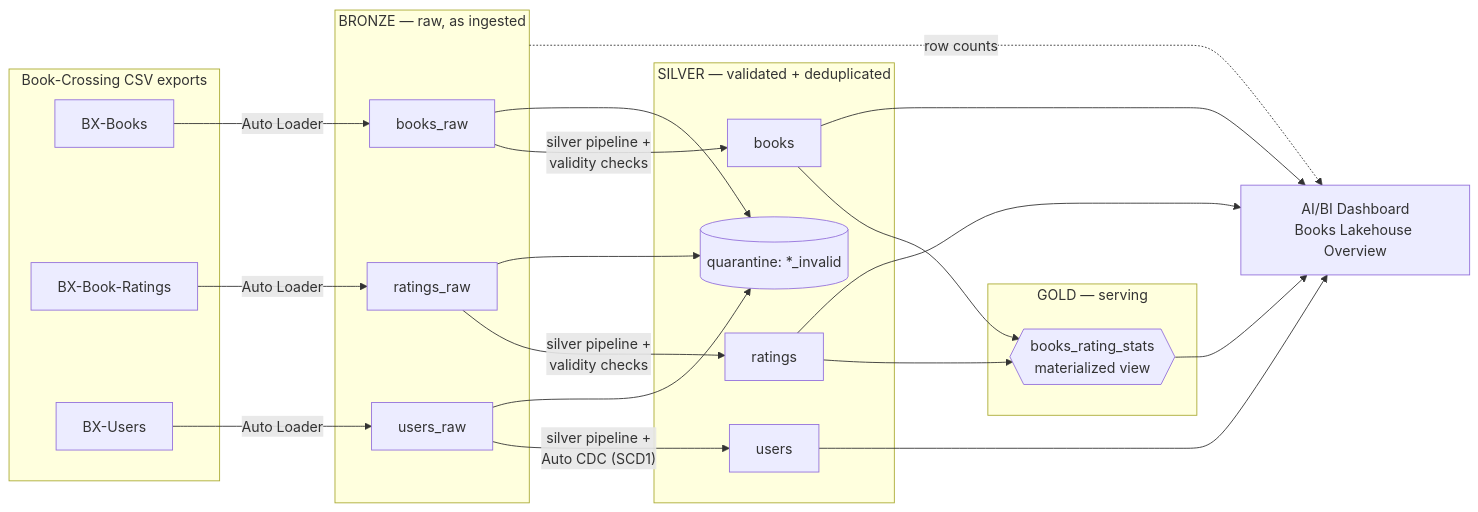
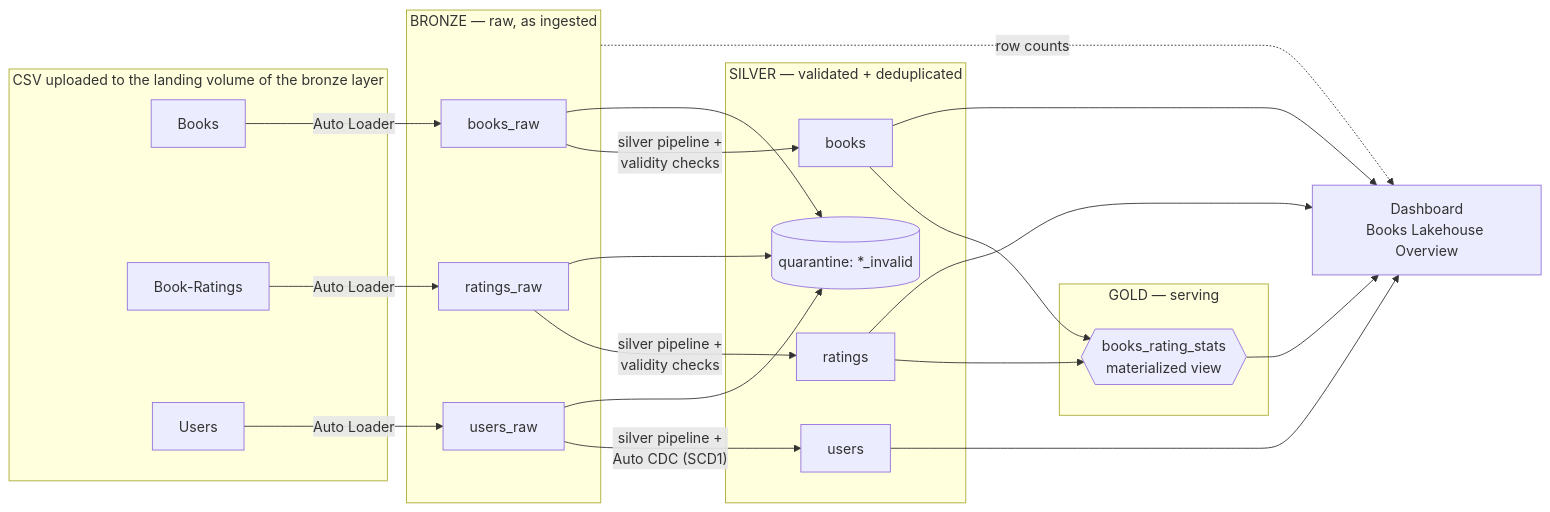
The first of 4 diagrams in README.md (yharidy/books_dataset), drawn with Mermaid before and after one commit. The commit also changed other lines of this file and 8 other files, not shown here.

````diff
--- a/README.md
+++ b/README.md
@@ -9,44 +9,44 @@
 ```mermaid
 flowchart LR
-    subgraph SRC["Book-Crossing CSV exports"]
-        A1["BX-Books"]
-        A2["BX-Book-Ratings"]
-        A3["BX-Users"]
+    subgraph SRC["CSV uploaded to the landing volume of the bronze layer"]
+        A1["Books"]
+        A2["Book-Ratings"]
+        A3["Users"]
     end
 
     subgraph BR["BRONZE — raw, as ingested"]
         B1["books_raw"]
         B2["ratings_raw"]
         B3["users_raw"]
     end
 
     subgraph SI["SILVER — validated + deduplicated"]
         C1["books"]
         C2["ratings"]
         C3["users"]
         C4[("quarantine: *_invalid")]
     end
 
     subgraph GO["GOLD — serving"]
         D1{{"books_rating_stats<br/>materialized view"}}
     end
 
-    DASH["AI/BI Dashboard<br/>Books Lakehouse Overview"]
+    DASH["Dashboard<br/>Books Lakehouse Overview"]
 
     A1 -->|"Auto Loader"| B1
     A2 -->|"Auto Loader"| B2
     A3 -->|"Auto Loader"| B3
     B1 -->|"silver pipeline +<br/>validity checks"| C1
     B2 -->|"silver pipeline +<br/>validity checks"| C2
     B3 -->|"silver pipeline +<br/>Auto CDC (SCD1)"| C3
     B1 --> C4
     B2 --> C4
     B3 --> C4
     C1 --> D1
     C2 --> D1
     C1 --> DASH
     C2 --> DASH
     C3 --> DASH
     D1 --> DASH
     BR -.->|"row counts"| DASH
 ```
````
